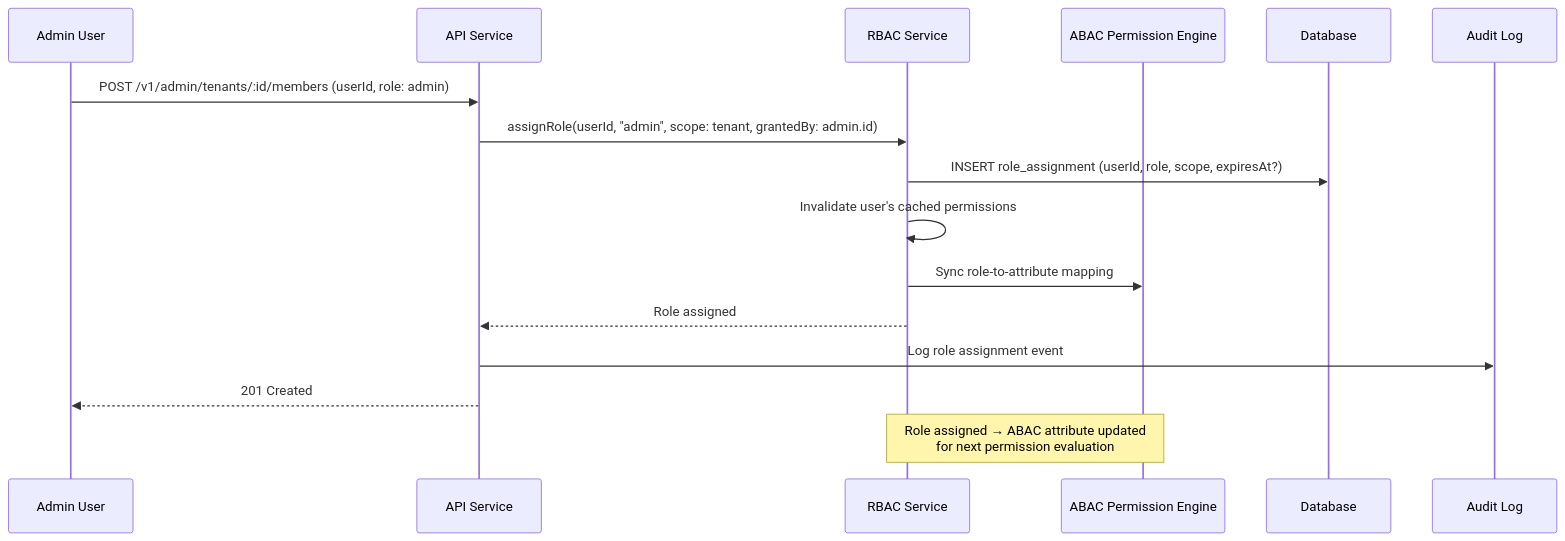
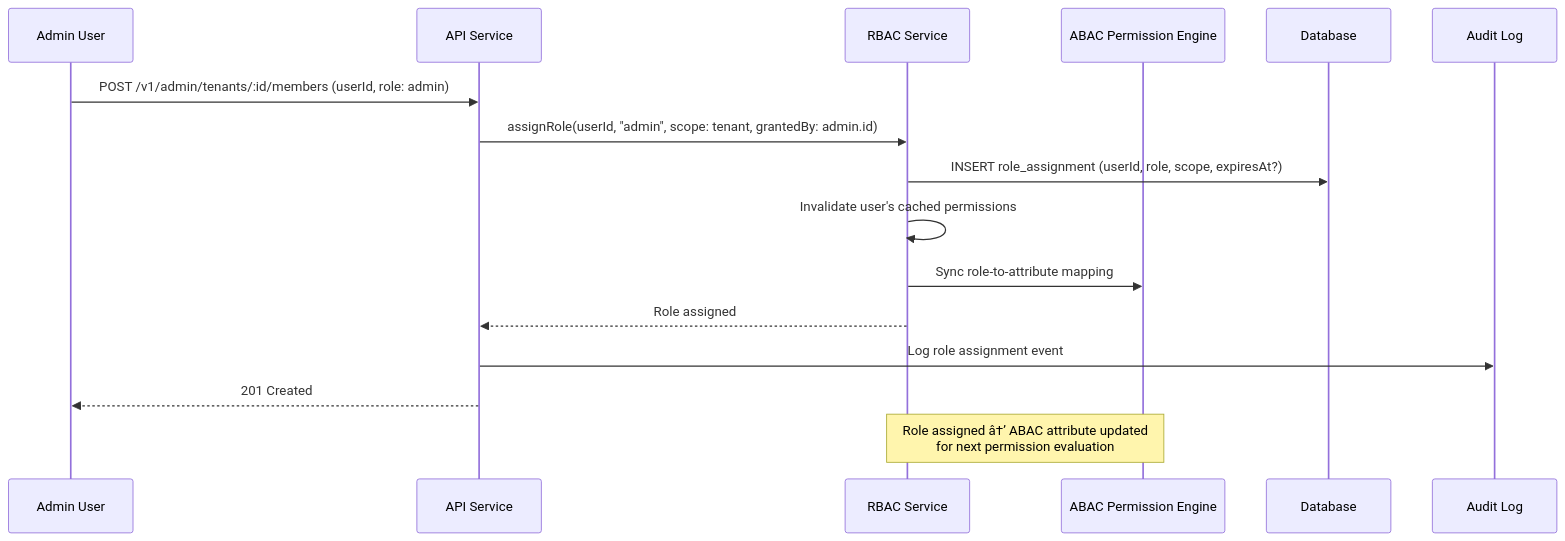
The second of 2 diagrams in Docs/Backend/RBAC.md (Driftloom/Vaeloom), drawn with Mermaid before and after one commit. The commit also changed other lines of this file and 249 other files, not shown here.

````diff
--- a/Docs/Backend/RBAC.md
+++ b/Docs/Backend/RBAC.md
@@ -184,20 +184,20 @@
 ```mermaid
 sequenceDiagram
     participant Admin as Admin User
     participant API as API Service
     participant RBAC as RBAC Service
     participant ABAC as ABAC Permission Engine
     participant DB as Database
     participant AL as Audit Log
 
     Admin->>API: POST /v1/admin/tenants/:id/members (userId, role: admin)
     API->>RBAC: assignRole(userId, "admin", scope: tenant, grantedBy: admin.id)
     RBAC->>DB: INSERT role_assignment (userId, role, scope, expiresAt?)
     RBAC->>RBAC: Invalidate user's cached permissions
     RBAC->>ABAC: Sync role-to-attribute mapping
     RBAC-->>API: Role assigned
     API->>AL: Log role assignment event
     API-->>Admin: 201 Created
 
-    Note over RBAC,ABAC: Role assigned → ABAC attribute updated<br/>for next permission evaluation
+    Note over RBAC,ABAC: Role assigned â†’ ABAC attribute updated<br/>for next permission evaluation
 ```
````
